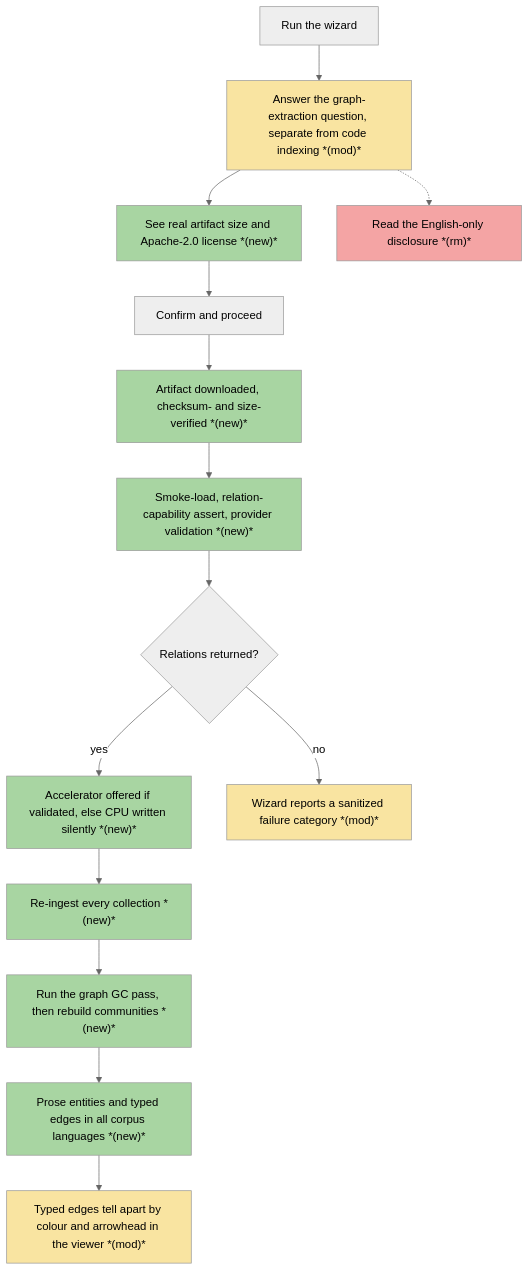
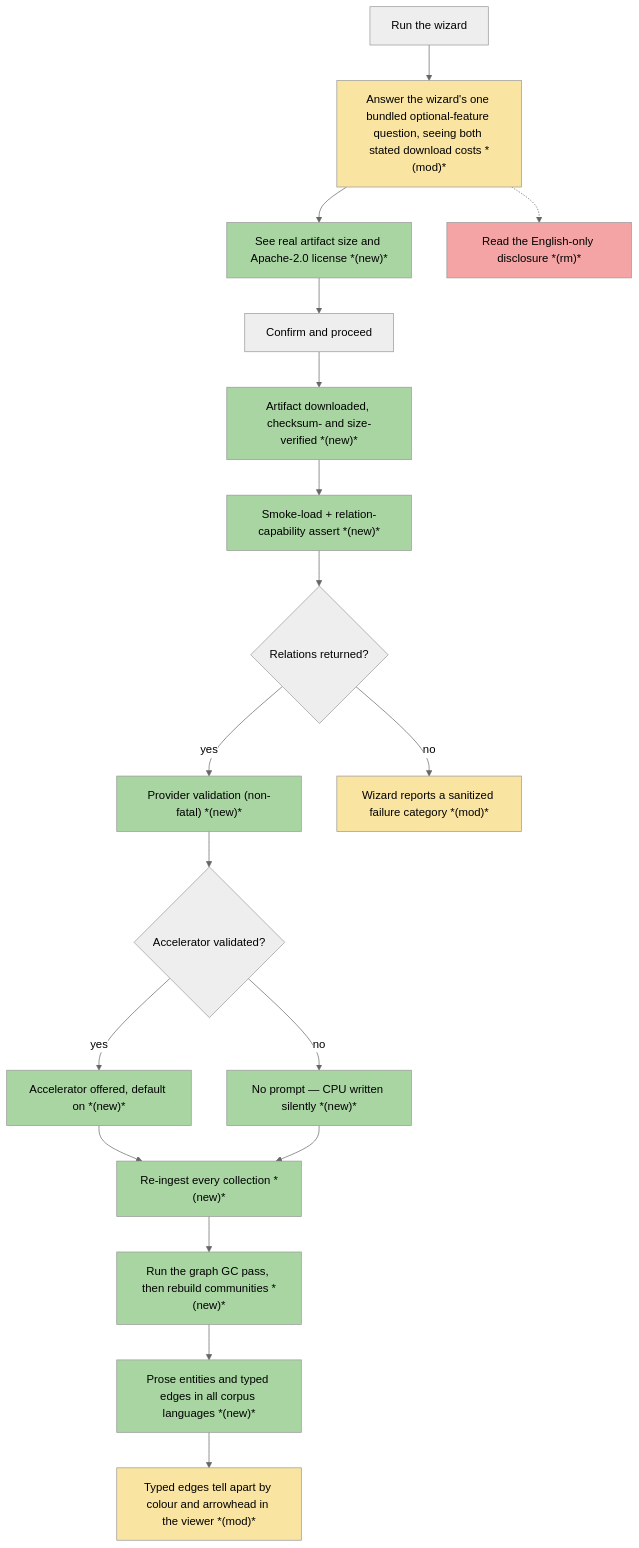
The third of 6 diagrams in Documentation/Backlog/2026-08-19-035-multilingual-graph-ner-team-plan.md (user538295/archon-search), drawn with Mermaid (neutral theme) before and after one commit. The commit also changed other lines of this file and 6 other files, not shown here.

First line of the commit message:
docs(backlog): gate graph NER plan on a spike; resync its contracts

````diff
--- a/Documentation/Backlog/2026-08-19-035-multilingual-graph-ner-team-plan.md
+++ b/Documentation/Backlog/2026-08-19-035-multilingual-graph-ner-team-plan.md
@@ -327,47 +360,56 @@
 ```mermaid
 flowchart TD
   classDef newNode fill:#a8d5a2;
   classDef modNode fill:#f9e4a1;
   classDef rmNode fill:#f4a4a4;
 
   A["Run the wizard"]
-  B["Answer the graph-extraction question, separate from code indexing *(mod)*"]
+  B["Answer the wizard's one bundled optional-feature question, seeing both stated download costs *(mod)*"]
   C["See real artifact size and Apache-2.0 license *(new)*"]
   D["Confirm and proceed"]
   E["Artifact downloaded, checksum- and size-verified *(new)*"]
-  F["Smoke-load, relation-capability assert, provider validation *(new)*"]
+  F["Smoke-load + relation-capability assert *(new)*"]
   G{"Relations returned?"}
-  H["Accelerator offered if validated, else CPU written silently *(new)*"]
+  PV["Provider validation (non-fatal) *(new)*"]
+  G2{"Accelerator validated?"}
+  H["Accelerator offered, default on *(new)*"]
+  H2["No prompt — CPU written silently *(new)*"]
   I["Wizard reports a sanitized failure category *(mod)*"]
   J["Re-ingest every collection *(new)*"]
   K["Run the graph GC pass, then rebuild communities *(new)*"]
   L["Prose entities and typed edges in all corpus languages *(new)*"]
   N["Typed edges tell apart by colour and arrowhead in the viewer *(mod)*"]
   M["Read the English-only disclosure *(rm)*"]
 
   A --> B
   B --> C
   C --> D
   D --> E
   E --> F
   F --> G
-  G -- yes --> H
+  G -- yes --> PV
   G -- no --> I
+  PV --> G2
+  G2 -- yes --> H
+  G2 -- no --> H2
   H --> J
+  H2 --> J
   J --> K
   K --> L
   L --> N
   B -.-> M
 
   class C newNode;
   class E newNode;
   class F newNode;
+  class PV newNode;
   class H newNode;
+  class H2 newNode;
   class J newNode;
   class K newNode;
   class L newNode;
   class B modNode;
   class I modNode;
   class N modNode;
   class M rmNode;
 ```
````
